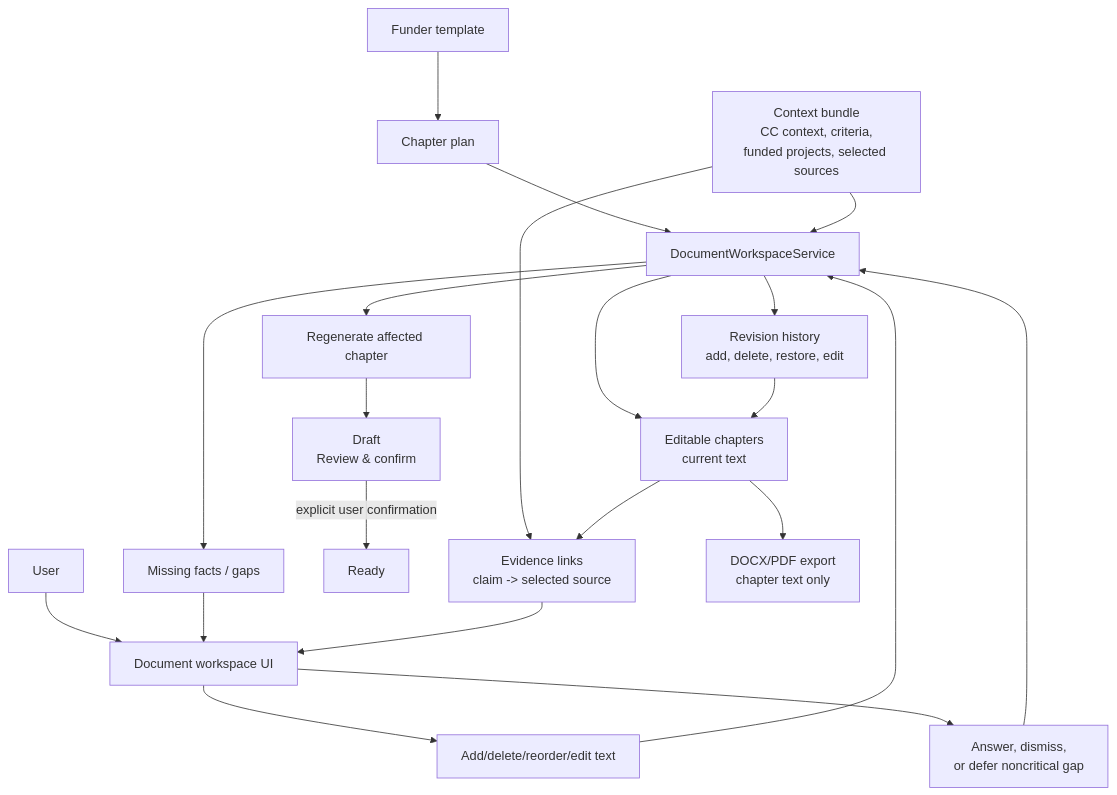
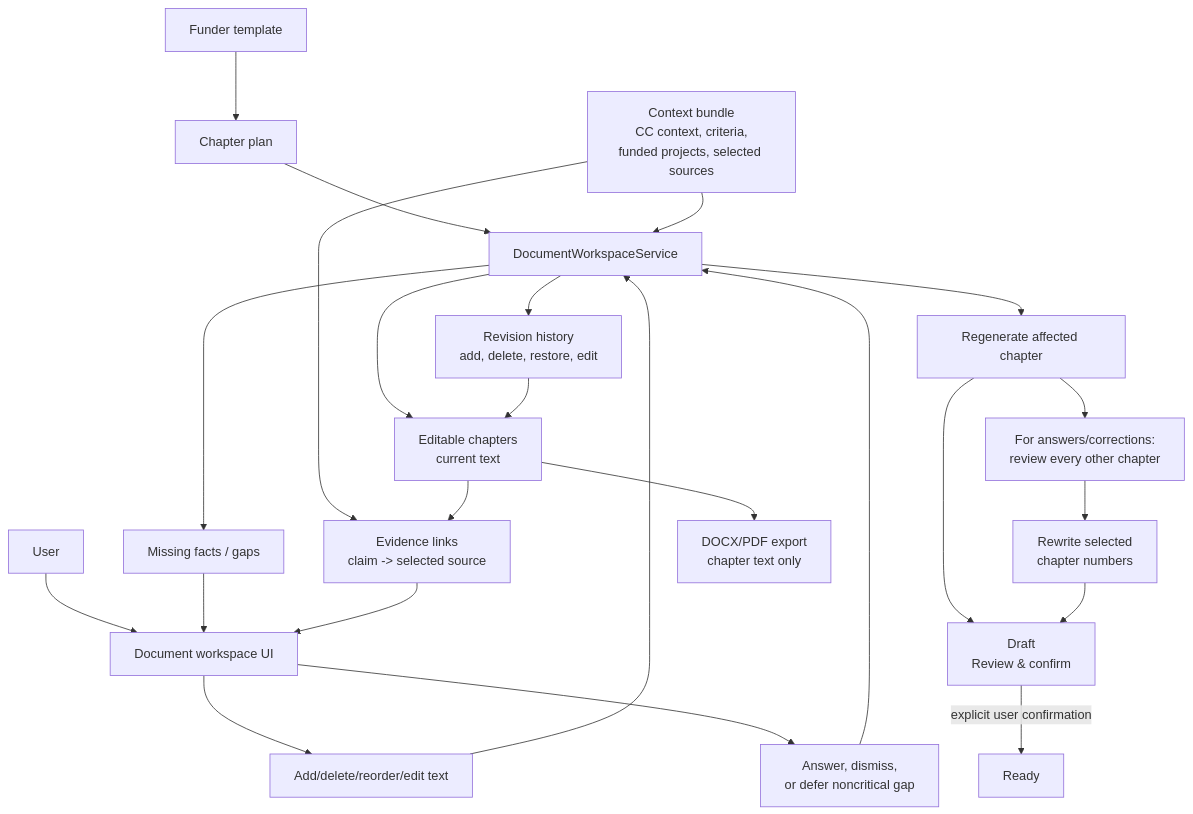
The tenth of 14 diagrams in docs/ConceptNoteBuilderArchitecture.md (Open-Earth-Foundation/CityCatalyst), drawn with Mermaid before and after one commit. The commit also changed other lines of this file and 19 other files, not shown here.

````diff
--- a/docs/ConceptNoteBuilderArchitecture.md
+++ b/docs/ConceptNoteBuilderArchitecture.md
@@ -1409,23 +1414,26 @@
 ```mermaid
 flowchart TB
     Template["Funder template"] --> ChapterPlan["Chapter plan"]
     ChapterPlan --> DocService["DocumentWorkspaceService"]
     Context["Context bundle<br/>CC context, criteria,<br/>funded projects, selected sources"] --> DocService
     User["User"] --> Workspace["Document workspace UI"]
     Workspace --> UserEdits["Add/delete/reorder/edit text"]
     UserEdits --> DocService
     DocService --> Chapters["Editable chapters<br/>current text"]
     DocService --> Revisions["Revision history<br/>add, delete, restore, edit"]
     Revisions --> Chapters
     DocService --> Gaps["Missing facts / gaps"]
     Gaps --> Workspace
     Workspace --> UserAnswers["Answer, dismiss,<br/>or defer noncritical gap"]
     UserAnswers --> DocService
     DocService --> Regenerate["Regenerate affected chapter"]
+    Regenerate --> ImpactReview["For answers/corrections:<br/>review every other chapter"]
+    ImpactReview --> Selected["Rewrite selected<br/>chapter numbers"]
     Regenerate --> DraftReview["Draft<br/>Review & confirm"]
+    Selected --> DraftReview
     DraftReview -->|"explicit user confirmation"| Ready["Ready"]
     Context --> EvidenceLinks["Evidence links<br/>claim -> selected source"]
     Chapters --> EvidenceLinks
     EvidenceLinks --> Workspace
     Chapters --> Exporter["DOCX/PDF export<br/>chapter text only"]
 ```
````
